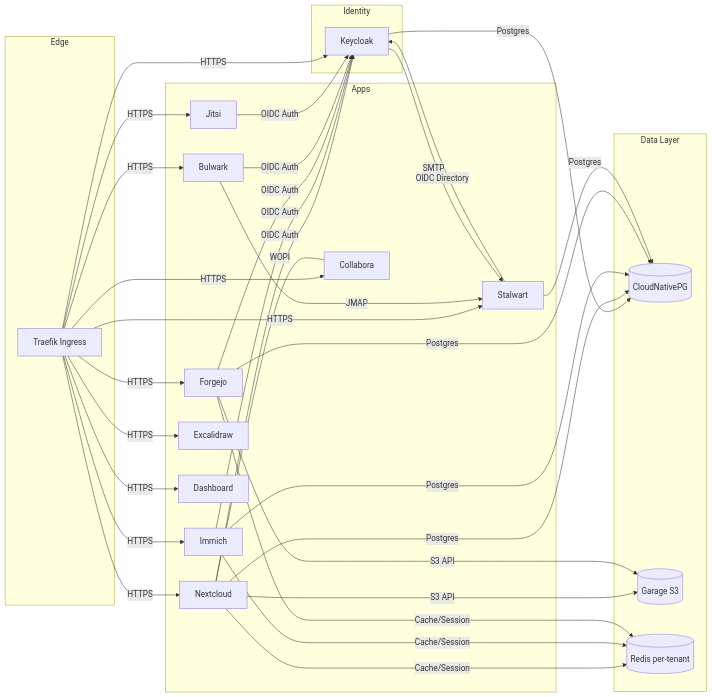
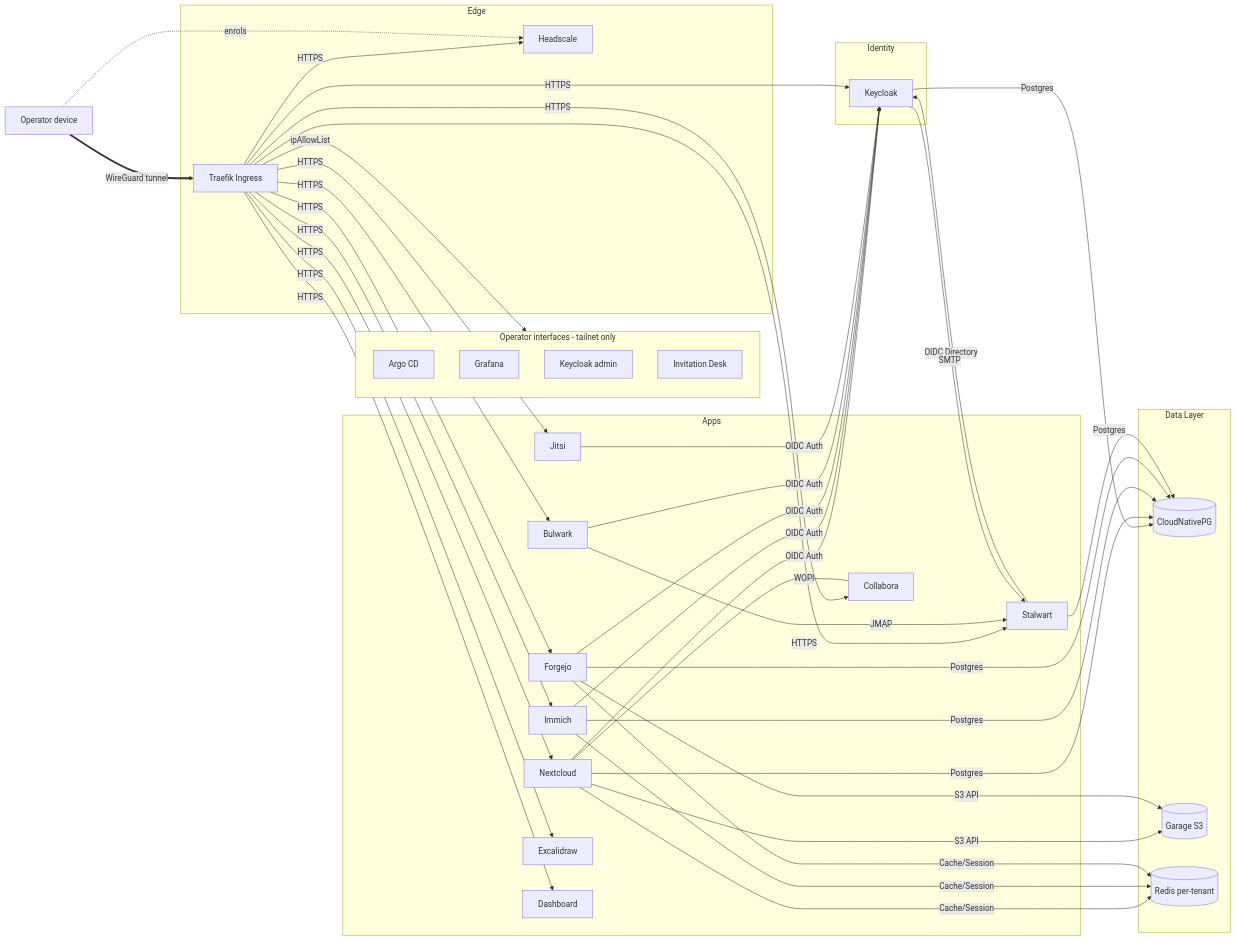
The fourth of 4 diagrams in smallworlds_architecture.md (stephan271/smallworlds), drawn with Mermaid before and after one commit. The commit also changed other lines of this file and 2 other files, not shown here.

First line of the commit message:
Show the private tailnet and the release rings in the talk and architecture guide

````diff
--- a/smallworlds_architecture.md
+++ b/smallworlds_architecture.md
@@ -87,7 +164,17 @@
 ```mermaid
 flowchart LR
+    OP[Operator device]
+
     subgraph Edge
         T[Traefik Ingress]
+        HS[Headscale]
+    end
+
+    subgraph Private [Operator interfaces - tailnet only]
+        ARGO[Argo CD]
+        GRAF[Grafana]
+        KCA[Keycloak admin]
+        DESK[Invitation Desk]
     end
 
     subgraph Identity
@@ -123,6 +210,12 @@
     T -->|HTTPS| JI
     T -->|HTTPS| EX
     T -->|HTTPS| DASH
+    T -->|HTTPS| HS
+
+    %% Private network — operator interfaces admit only the tailnet (and LAN)
+    OP -.->|enrols| HS
+    OP ==>|WireGuard tunnel| T
+    T -->|ipAllowList| Private
 
     %% Identity — apps that delegate login to Keycloak
     NC -->|OIDC Auth| KC
````
